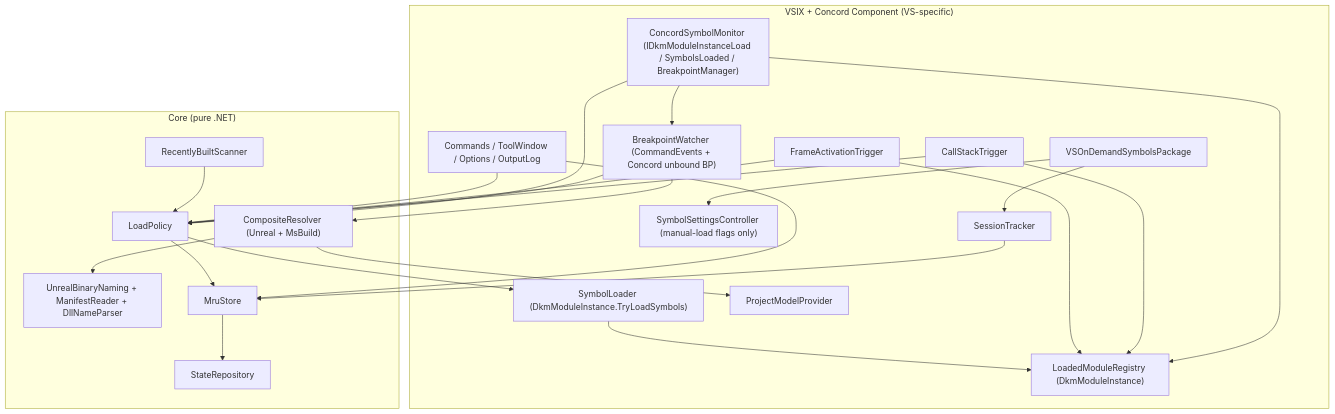
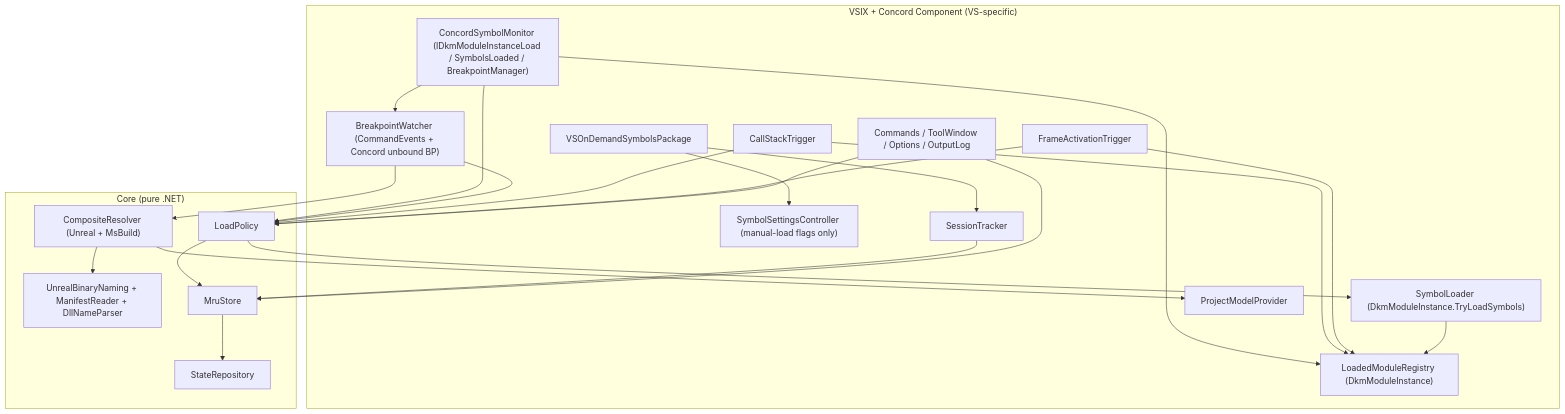
The first of 3 diagrams in docs/ARCHITECTURE.md (mattshepcar/VSOnDemandSymbols), drawn with Mermaid before and after one commit. The commit also changed other lines of this file and 15 other files, not shown here.

First line of the commit message:
Remove RecentlyBuilt trigger and simplify load policy (D-16)

````diff
--- a/docs/ARCHITECTURE.md
+++ b/docs/ARCHITECTURE.md
@@ -39,45 +39,43 @@
 ```mermaid
 flowchart TD
     subgraph VSIX["VSIX + Concord Component (VS-specific)"]
         PKG["VSOnDemandSymbolsPackage"]
         SSC["SymbolSettingsController (manual-load flags only)"]
         CSM["ConcordSymbolMonitor (IDkmModuleInstanceLoad / SymbolsLoaded / BreakpointManager)"]
         ST["SessionTracker"]
         MR["LoadedModuleRegistry (DkmModuleInstance)"]
         SL["SymbolLoader (DkmModuleInstance.TryLoadSymbols)"]
         BW["BreakpointWatcher (CommandEvents + Concord unbound BP)"]
         CST["CallStackTrigger"]
         FAT["FrameActivationTrigger"]
         PMP["ProjectModelProvider"]
         UI["Commands / ToolWindow / Options / OutputLog"]
     end
     subgraph CORE["Core (pure .NET)"]
         RES["CompositeResolver (Unreal + MsBuild)"]
         NAM["UnrealBinaryNaming + ManifestReader + DllNameParser"]
         POL["LoadPolicy"]
         MRU["MruStore"]
         REPO["StateRepository"]
-        RBS["RecentlyBuiltScanner"]
     end
     PKG --> SSC
     PKG --> ST
     CSM --> MR
     CSM --> BW
     CSM --> POL
     BW --> RES
     CST --> MR
     FAT --> MR
     BW --> POL
     CST --> POL
     FAT --> POL
-    RBS --> POL
     POL --> SL
     SL --> MR
     RES --> NAM
     RES --> PMP
     POL --> MRU
     MRU --> REPO
     ST --> MRU
     UI --> POL
     UI --> MRU
 ```
````
